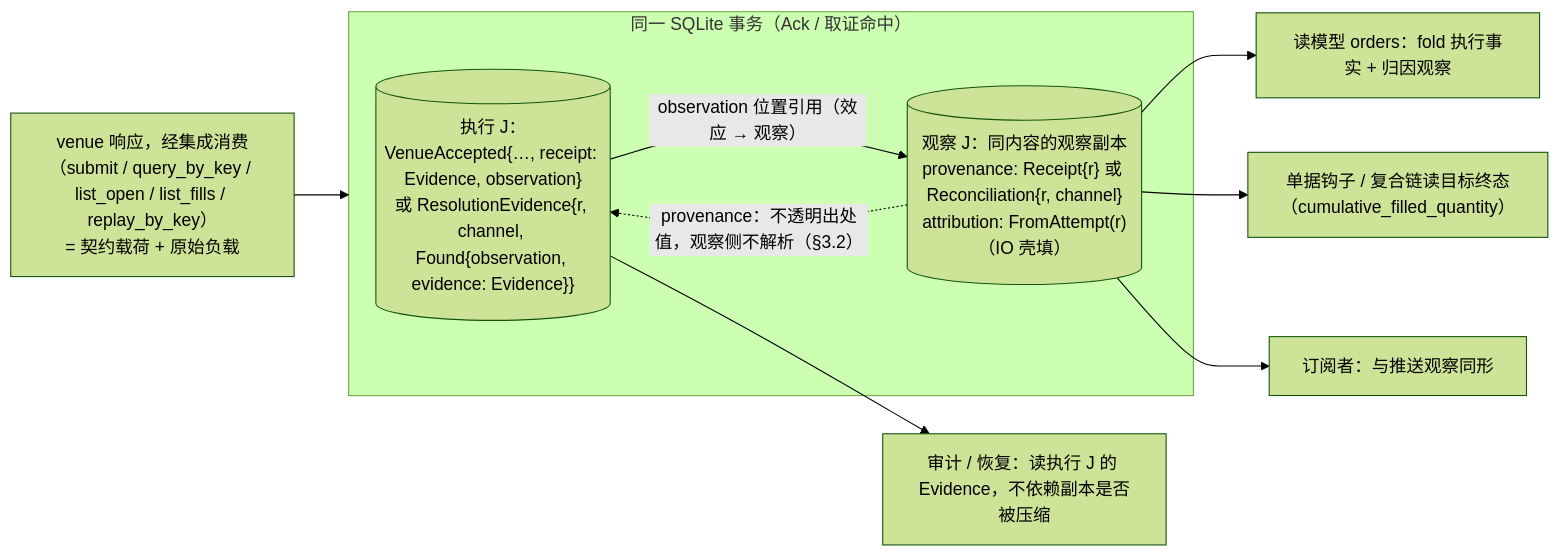
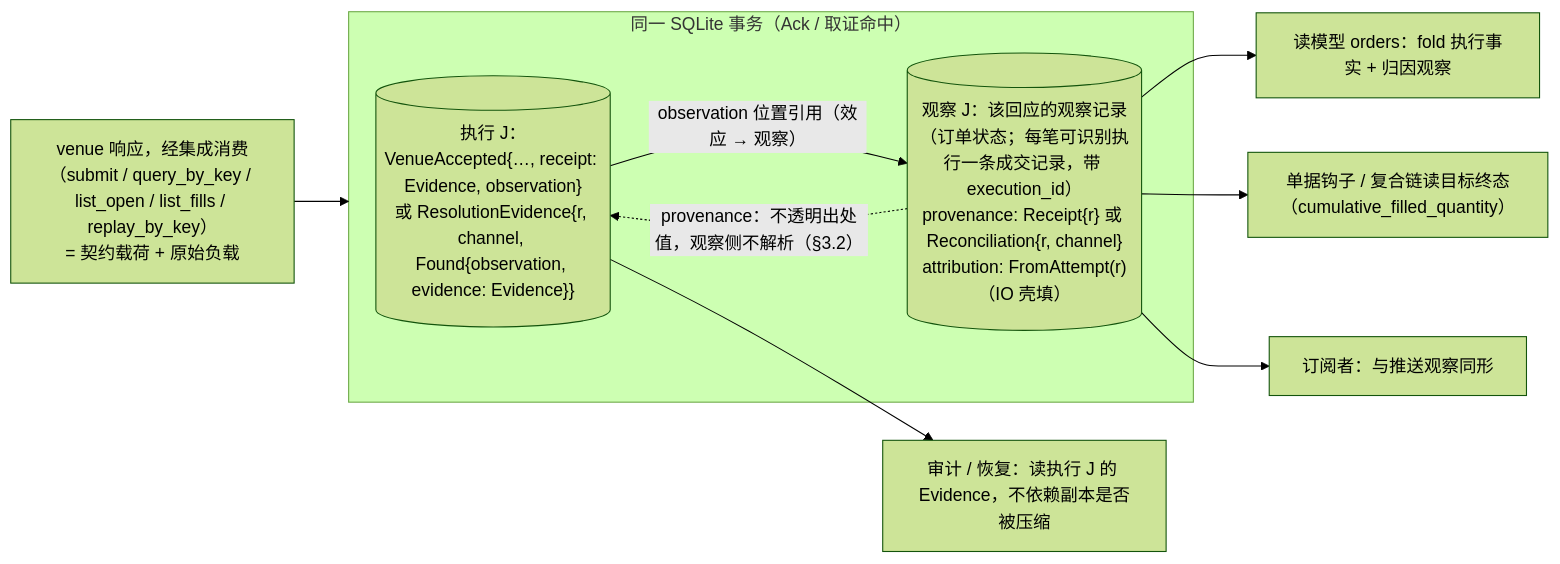
One commit to mouriya-s-lab/uta changed the third of 7 diagrams in design/diagrams/06-io-shell-attempt.md. Above: the diagram before and after it, drawn with Mermaid (forest theme). The commit also changed other lines of this file and 12 other files, not shown here.

````diff
--- a/design/diagrams/06-io-shell-attempt.md
+++ b/design/diagrams/06-io-shell-attempt.md
@@ -101,14 +102,14 @@
 ```mermaid
 flowchart LR
   V["venue 响应，经集成消费（submit / query_by_key / list_open / list_fills / replay_by_key）<br/>= 契约载荷 + 原始负载"] --> TX
   subgraph TX["同一 SQLite 事务（Ack / 取证命中）"]
     E[("执行 J：VenueAccepted{…, receipt: Evidence, observation}<br/>或 ResolutionEvidence{r, channel, Found{observation, evidence: Evidence}}")]
-    O[("观察 J：同内容的观察副本<br/>provenance: Receipt{r} 或 Reconciliation{r, channel}<br/>attribution: FromAttempt(r)（IO 壳填）")]
+    O[("观察 J：该回应的观察记录（订单状态；每笔可识别执行一条成交记录，带 execution_id）<br/>provenance: Receipt{r} 或 Reconciliation{r, channel}<br/>attribution: FromAttempt(r)（IO 壳填）")]
     E -->|"observation 位置引用（效应 → 观察）"| O
     O -.->|"provenance：不透明出处值，观察侧不解析（§3.2）"| E
   end
   E --> AUD["审计 / 恢复：读执行 J 的 Evidence，不依赖副本是否被压缩"]
   O --> RM["读模型 orders：fold 执行事实 + 归因观察"]
   O --> HOOK["单据钩子 / 复合链读目标终态（cumulative_filled_quantity）"]
   O --> SUBS["订阅者：与推送观察同形"]
 ```
````
